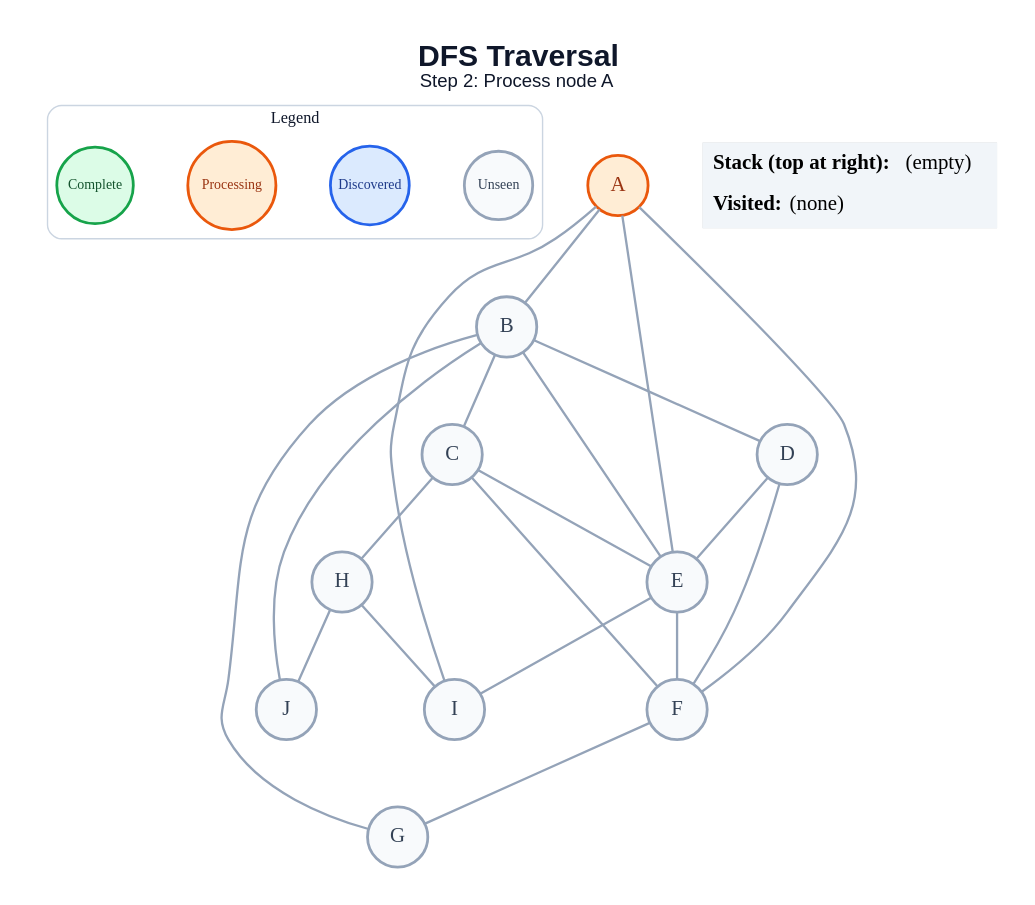
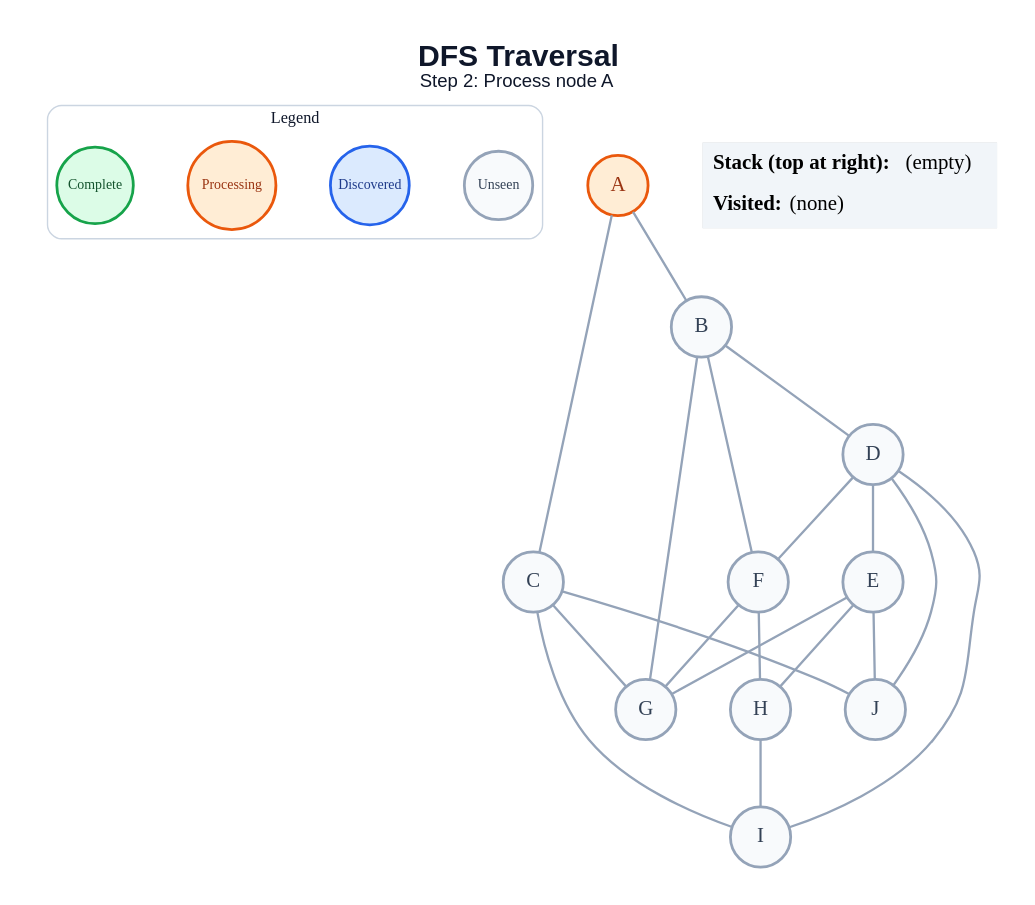
The diagram in generated/dfs/step_02.dot (amanghodawala9/ai-slop), drawn with Graphviz before and after one commit. The commit also changed 178 other files, not shown here.

```diff
--- a/generated/dfs/step_02.dot
+++ b/generated/dfs/step_02.dot
@@ -1,48 +1,47 @@
 graph traversal {
   graph [layout=dot, rankdir=TB, bgcolor="#FFFFFF", pad="0.35", nodesep="0.65", ranksep="0.8", fontname="Arial"];
   node [shape=circle, style="filled", fontname="Arial Bold", fontsize=18, width=0.72, fixedsize=true, penwidth=2.4];
   edge [color="#94A3B8", penwidth=2.0];
   label=<<B>DFS Traversal</B><BR/><FONT POINT-SIZE="16">Step 2: Process node A</FONT>>; labelloc="t"; fontsize=26; fontname="Arial"; fontcolor="#0F172A";
   subgraph cluster_legend { label="Legend"; color="#CBD5E1"; penwidth=1.2; style="rounded"; fontsize=14; fontname="Arial Bold";
     key_unseen [label="Unseen", fillcolor="#F8FAFC", color="#94A3B8", fontcolor="#334155", fontsize=12, width=0.82];
     key_frontier [label="Discovered", fillcolor="#DBEAFE", color="#2563EB", fontcolor="#1E3A8A", fontsize=12, width=0.95];
     key_current [label="Processing", fillcolor="#FFEDD5", color="#EA580C", fontcolor="#9A3412", fontsize=12, width=1.05];
     key_done [label="Complete", fillcolor="#DCFCE7", color="#16A34A", fontcolor="#14532D", fontsize=12, width=0.92];
     { rank=same; key_unseen; key_frontier; key_current; key_done; }
   }
   A [fillcolor="#FFEDD5", color="#EA580C", fontcolor="#9A3412"];
   B [fillcolor="#F8FAFC", color="#94A3B8", fontcolor="#334155"];
   C [fillcolor="#F8FAFC", color="#94A3B8", fontcolor="#334155"];
   D [fillcolor="#F8FAFC", color="#94A3B8", fontcolor="#334155"];
   E [fillcolor="#F8FAFC", color="#94A3B8", fontcolor="#334155"];
   F [fillcolor="#F8FAFC", color="#94A3B8", fontcolor="#334155"];
   G [fillcolor="#F8FAFC", color="#94A3B8", fontcolor="#334155"];
   H [fillcolor="#F8FAFC", color="#94A3B8", fontcolor="#334155"];
   I [fillcolor="#F8FAFC", color="#94A3B8", fontcolor="#334155"];
   J [fillcolor="#F8FAFC", color="#94A3B8", fontcolor="#334155"];
   A -- B;
-  A -- E;
-  A -- F;
-  A -- I;
-  B -- C;
+  A -- C;
   B -- D;
-  B -- E;
+  B -- F;
   B -- G;
-  B -- J;
-  C -- E;
-  C -- F;
-  C -- H;
+  C -- G;
+  C -- I;
+  C -- J;
   D -- E;
   D -- F;
-  E -- F;
-  E -- I;
+  D -- I;
+  D -- J;
+  E -- G;
+  E -- H;
+  E -- J;
   F -- G;
+  F -- H;
   H -- I;
-  H -- J;
   status [shape=plain, fixedsize=false, width=0, height=0, margin=0, label=<
     <TABLE BORDER="0" CELLBORDER="0" CELLPADDING="7" BGCOLOR="#F1F5F9">
       <TR><TD ALIGN="LEFT"><B>Stack (top at right):</B> (empty)</TD></TR>
       <TR><TD ALIGN="LEFT"><B>Visited:</B> (none)</TD></TR>
     </TABLE>
   >];
 }
```
